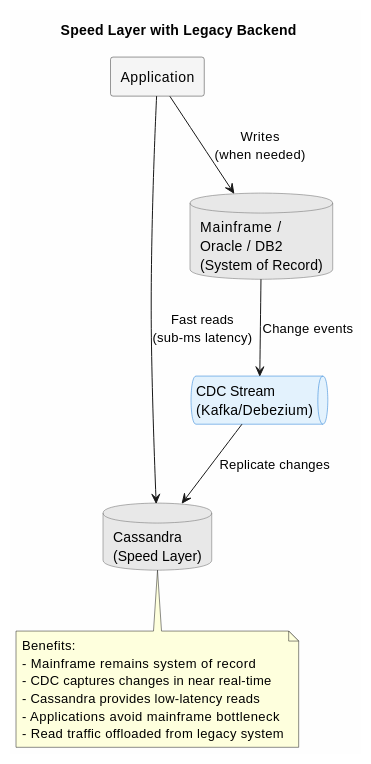
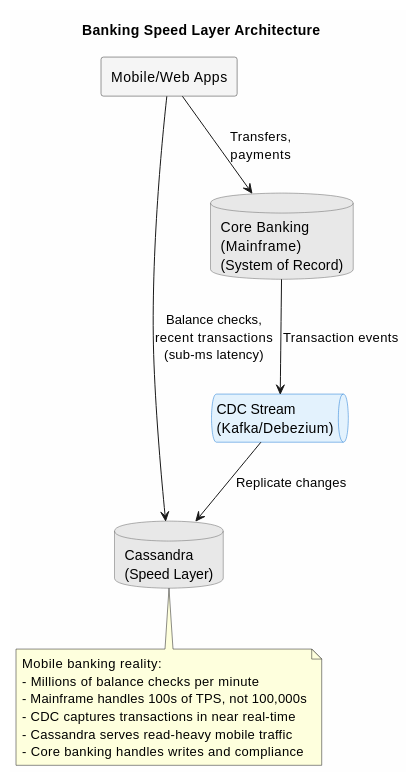
One commit to axonops/documentation changed the first of 12 diagrams in docs/data-platforms/cassandra/application-development/patterns/speed-layer.md. Above: the diagram before and after it, drawn with PlantUML. The commit also changed other lines of this file, not shown here.

Commit message:
Update speed-layer pattern: bank transactions with static columns for balance

````diff
--- a/docs/data-platforms/cassandra/application-development/patterns/speed-layer.md
+++ b/docs/data-platforms/cassandra/application-development/patterns/speed-layer.md
@@ -19,38 +21,38 @@
 ```plantuml
 @startuml
 skinparam backgroundColor #FEFEFE
 skinparam rectangle {
     BackgroundColor #F5F5F5
     BorderColor #333333
 }
 skinparam database {
     BackgroundColor #E8E8E8
     BorderColor #666666
 }
 skinparam queue {
     BackgroundColor #E3F2FD
     BorderColor #1976D2
 }
 
-title Speed Layer with Legacy Backend
+title Banking Speed Layer Architecture
 
-rectangle "Application" as app
+rectangle "Mobile/Web Apps" as app
 database "Cassandra\n(Speed Layer)" as cass
-database "Mainframe /\nOracle / DB2\n(System of Record)" as legacy
+database "Core Banking\n(Mainframe)\n(System of Record)" as legacy
 queue "CDC Stream\n(Kafka/Debezium)" as cdc
 
-app --> cass : Fast reads\n(sub-ms latency)
-app --> legacy : Writes\n(when needed)
-legacy --> cdc : Change events
+app --> cass : Balance checks,\nrecent transactions\n(sub-ms latency)
+app --> legacy : Transfers,\npayments
+legacy --> cdc : Transaction events
 cdc --> cass : Replicate changes
 
 note bottom of cass
-Benefits:
-- Mainframe remains system of record
-- CDC captures changes in near real-time
-- Cassandra provides low-latency reads
-- Applications avoid mainframe bottleneck
-- Read traffic offloaded from legacy system
+Mobile banking reality:
+- Millions of balance checks per minute
+- Mainframe handles 100s of TPS, not 100,000s
+- CDC captures transactions in near real-time
+- Cassandra serves read-heavy mobile traffic
+- Core banking handles writes and compliance
 end note
 @enduml
 ```
````
